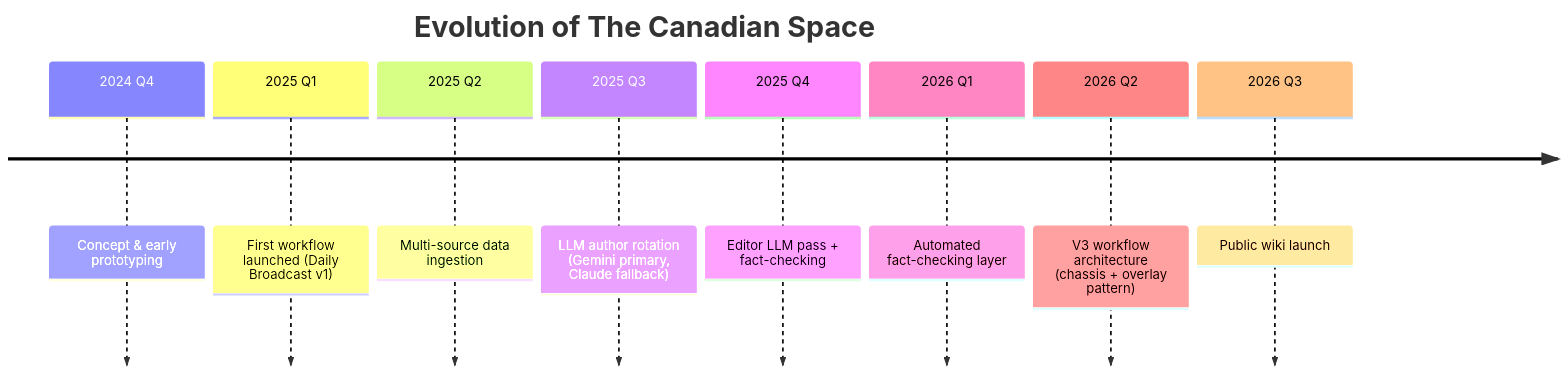
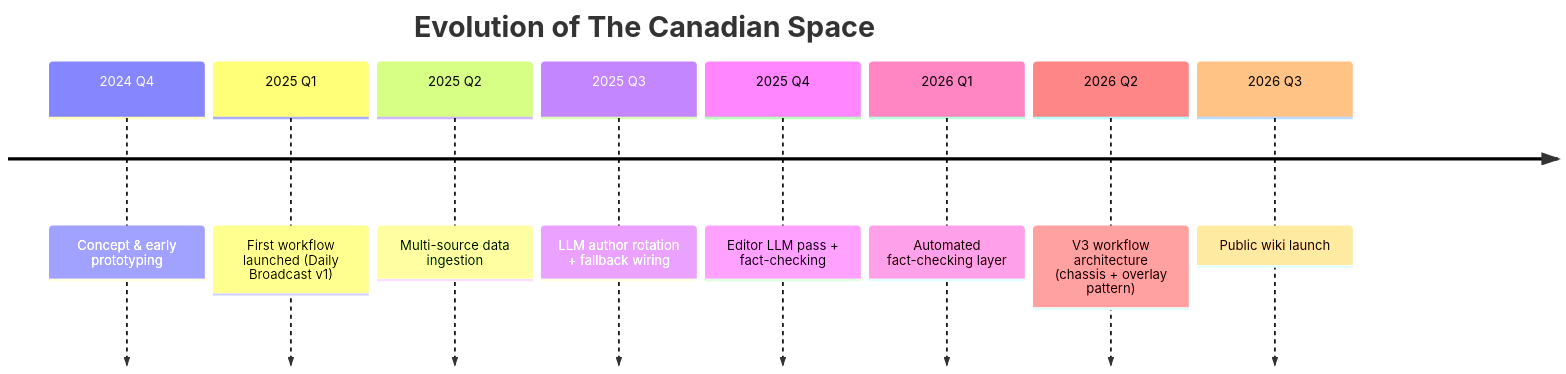
One commit to The-Canadian-Space/tcs-public-wiki changed the diagram in docs/evolution/timeline.md. Above: the diagram before and after it, drawn with Mermaid. The commit also changed other lines of this file and 24 other files, not shown here.

````diff
--- a/docs/evolution/timeline.md
+++ b/docs/evolution/timeline.md
@@ -9,12 +9,12 @@
 ```mermaid
 timeline
     title Evolution of The Canadian Space
     2024 Q4 : Concept & early prototyping
     2025 Q1 : First workflow launched (Daily Broadcast v1)
     2025 Q2 : Multi-source data ingestion
-    2025 Q3 : LLM author rotation (Gemini primary, Claude fallback)
+    2025 Q3 : LLM author rotation + fallback wiring
     2025 Q4 : Editor LLM pass + fact-checking
     2026 Q1 : Automated fact-checking layer
     2026 Q2 : V3 workflow architecture (chassis + overlay pattern)
     2026 Q3 : Public wiki launch
 ```
````
